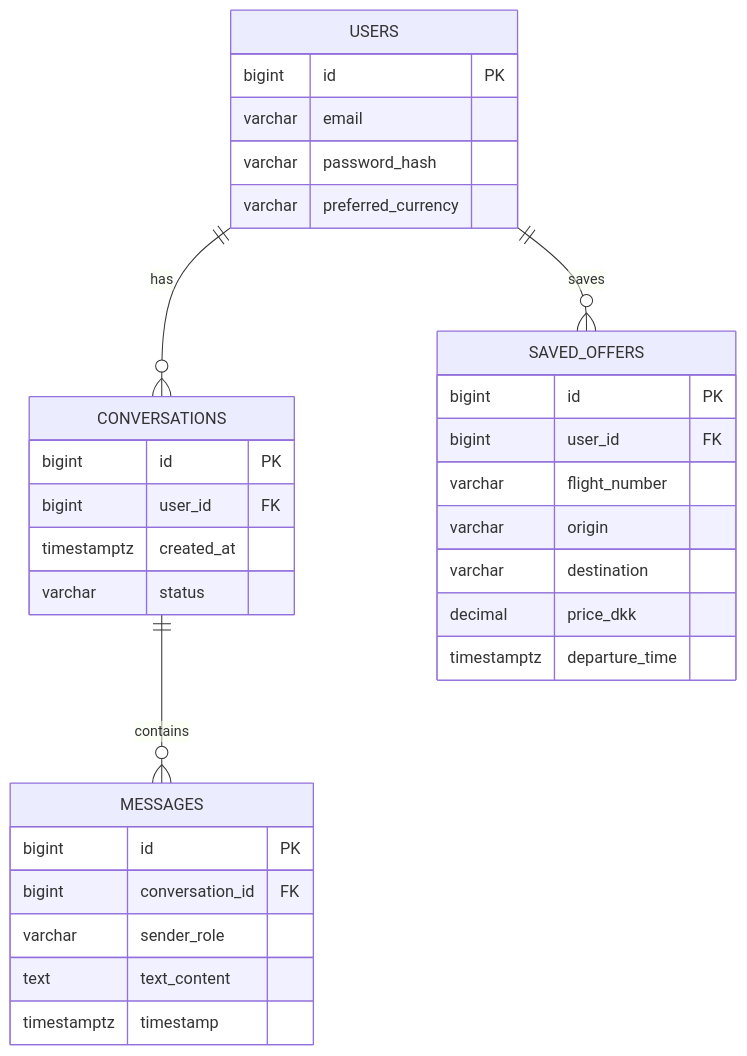
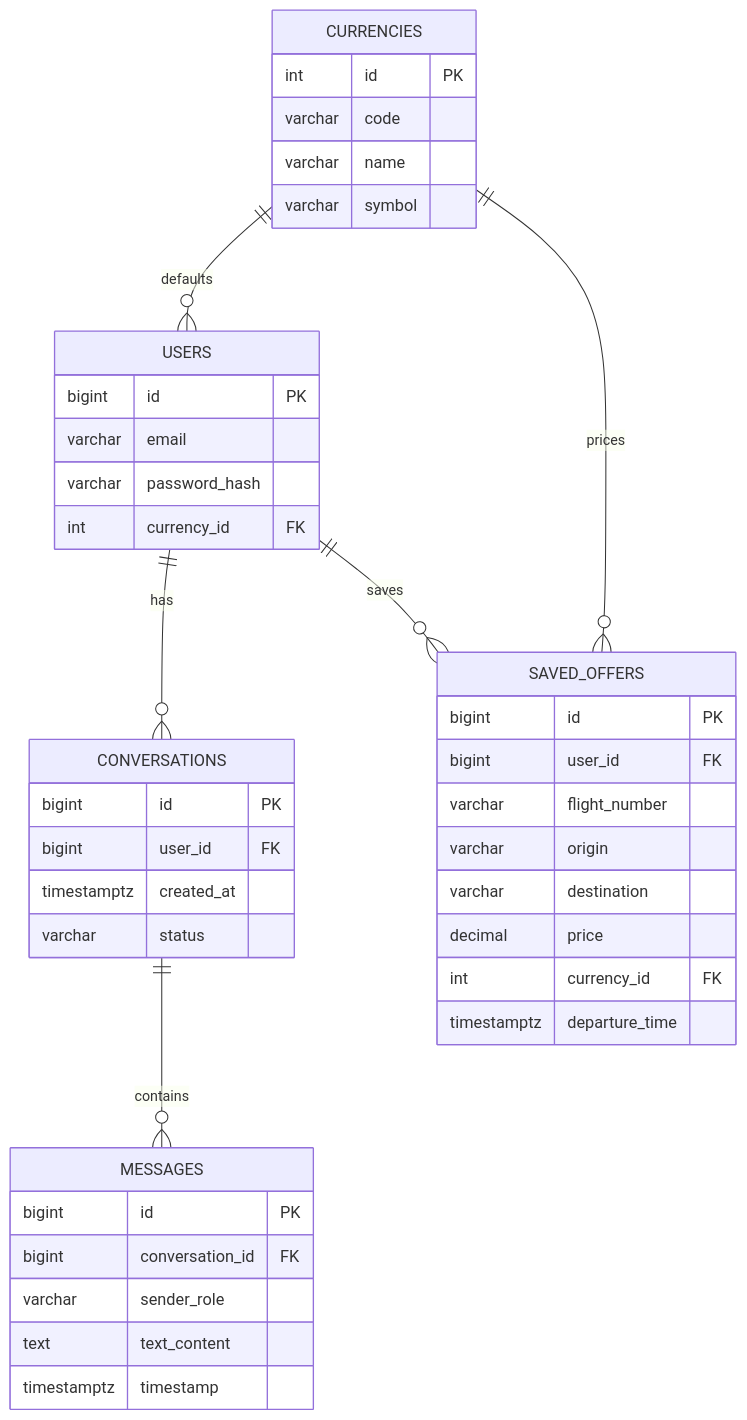
Before and after one commit to abikrithika/trip-weave: the diagram in api/src/db/readme.md, drawn with Mermaid. The commit also changed other lines of this file and 6 other files, not shown here.

Commit message:
Refactor database schema to include currency relationships and update seeding logic

````diff
--- a/api/src/db/readme.md
+++ b/api/src/db/readme.md
@@ -20,38 +22,48 @@
 ```mermaid
 erDiagram
+	CURRENCIES {
+		int id PK
+		varchar code
+		varchar name
+		varchar symbol
+	}
+
 	USERS {
 		bigint id PK
 		varchar email
 		varchar password_hash
-		varchar preferred_currency
+		int currency_id FK
 	}
 
 	CONVERSATIONS {
 		bigint id PK
 		bigint user_id FK
 		timestamptz created_at
 		varchar status
 	}
 
 	MESSAGES {
 		bigint id PK
 		bigint conversation_id FK
 		varchar sender_role
 		text text_content
 		timestamptz timestamp
 	}
 
 	SAVED_OFFERS {
 		bigint id PK
 		bigint user_id FK
 		varchar flight_number
 		varchar origin
 		varchar destination
-		decimal price_dkk
+		decimal price
+		int currency_id FK
 		timestamptz departure_time
 	}
 
+	CURRENCIES ||--o{ USERS : defaults
+	CURRENCIES ||--o{ SAVED_OFFERS : prices
 	USERS ||--o{ CONVERSATIONS : has
 	CONVERSATIONS ||--o{ MESSAGES : contains
 	USERS ||--o{ SAVED_OFFERS : saves
 ```
````
